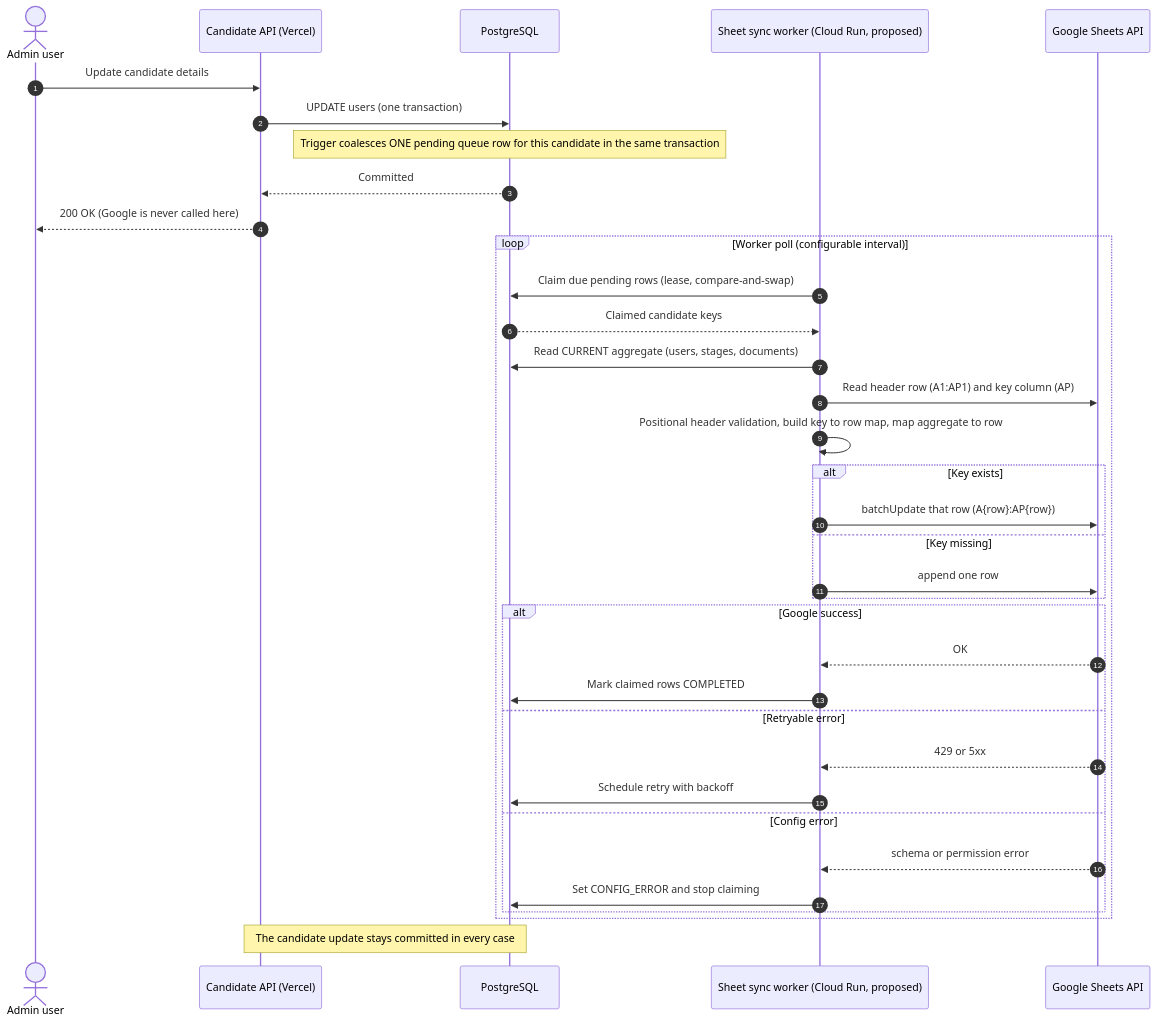
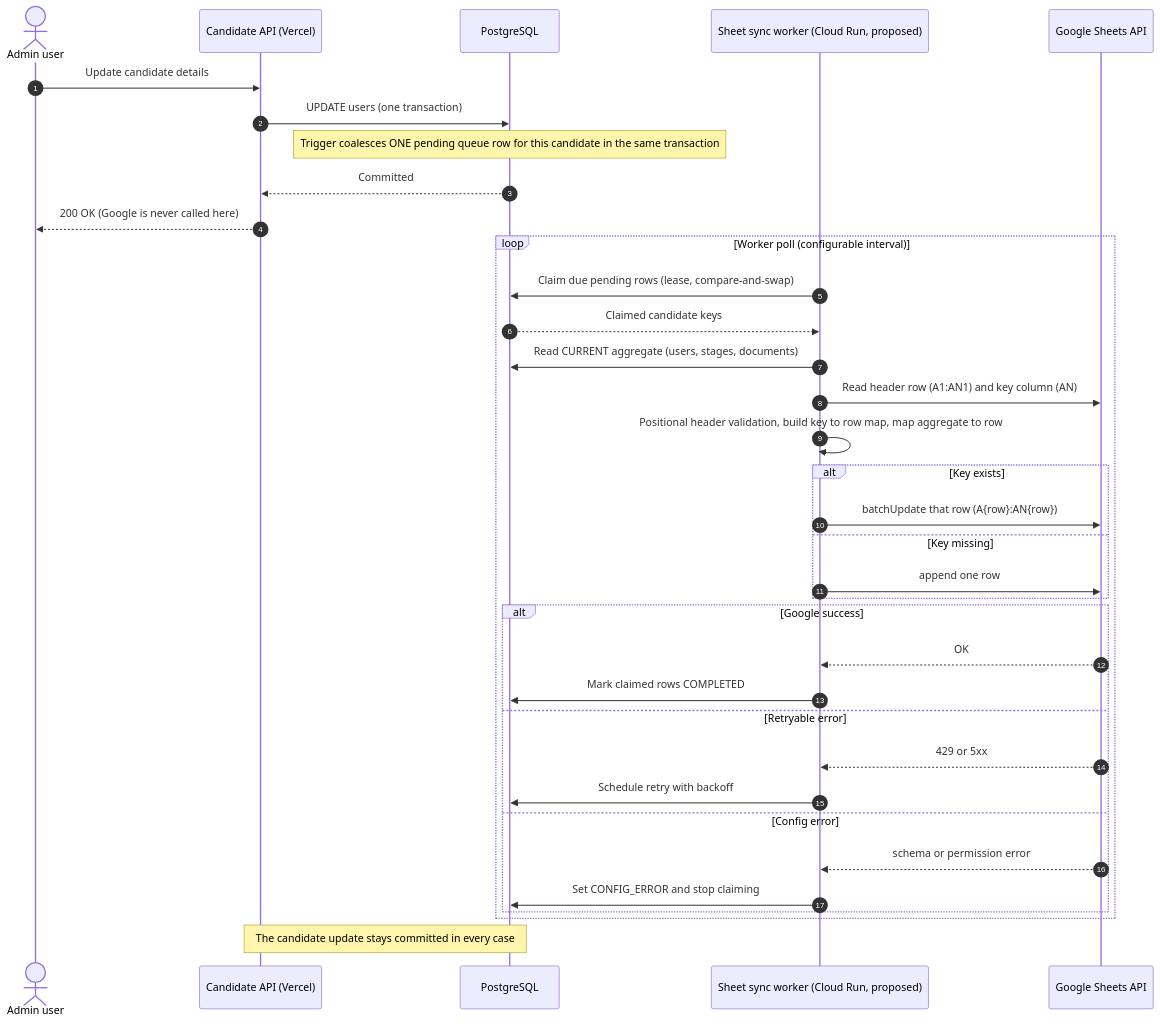
The third of 11 diagrams in Docs/GOOGLE_SHEET_CANDIDATE_SYNC_ARCHITECTURE.md (emlynk-pixel/EmlynkWABot), drawn with Mermaid before and after one commit. The commit also changed other lines of this file and 16 other files, not shown here.

Commit message:
feat(sheet-sync): add schema mapper and read-only sync foundation

````diff
--- a/Docs/GOOGLE_SHEET_CANDIDATE_SYNC_ARCHITECTURE.md
+++ b/Docs/GOOGLE_SHEET_CANDIDATE_SYNC_ARCHITECTURE.md
@@ -584,39 +537,39 @@
 ```mermaid
 sequenceDiagram
     autonumber
     actor Admin as Admin user
     participant App as Candidate API (Vercel)
     participant DB as PostgreSQL
     participant Worker as Sheet sync worker (Cloud Run, proposed)
     participant G as Google Sheets API
 
     Admin->>App: Update candidate details
     App->>DB: UPDATE users (one transaction)
     Note over DB: Trigger coalesces ONE pending queue row for this candidate in the same transaction
     DB-->>App: Committed
     App-->>Admin: 200 OK (Google is never called here)
 
     loop Worker poll (configurable interval)
         Worker->>DB: Claim due pending rows (lease, compare-and-swap)
         DB-->>Worker: Claimed candidate keys
         Worker->>DB: Read CURRENT aggregate (users, stages, documents)
-        Worker->>G: Read header row (A1:AP1) and key column (AP)
+        Worker->>G: Read header row (A1:AN1) and key column (AN)
         Worker->>Worker: Positional header validation, build key to row map, map aggregate to row
         alt Key exists
-            Worker->>G: batchUpdate that row (A{row}:AP{row})
+            Worker->>G: batchUpdate that row (A{row}:AN{row})
         else Key missing
             Worker->>G: append one row
         end
         alt Google success
             G-->>Worker: OK
             Worker->>DB: Mark claimed rows COMPLETED
         else Retryable error
             G-->>Worker: 429 or 5xx
             Worker->>DB: Schedule retry with backoff
         else Config error
             G-->>Worker: schema or permission error
             Worker->>DB: Set CONFIG_ERROR and stop claiming
         end
     end
     Note over DB,App: The candidate update stays committed in every case
 ```
````
